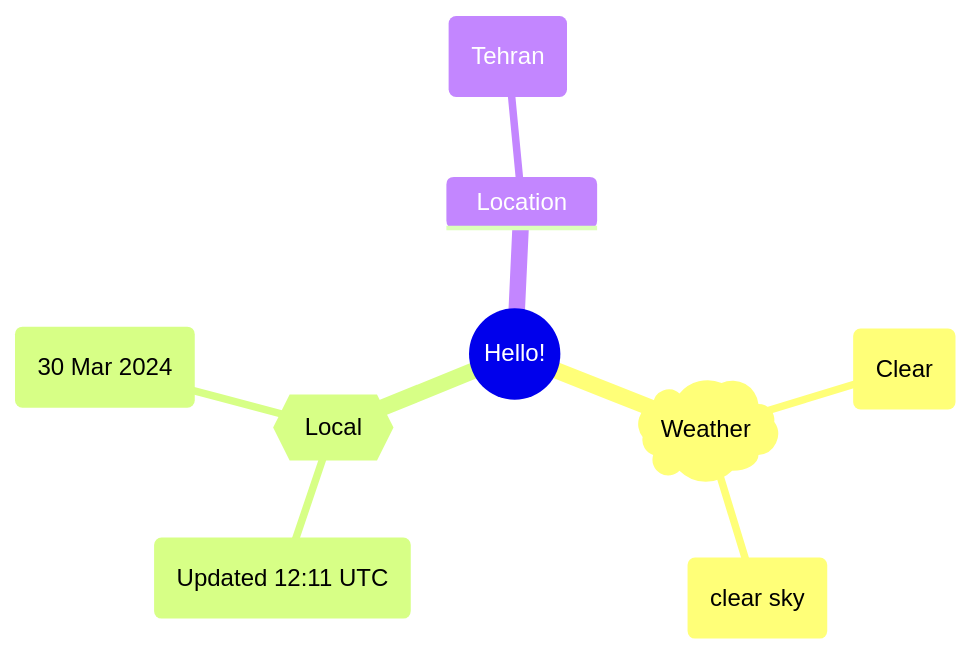
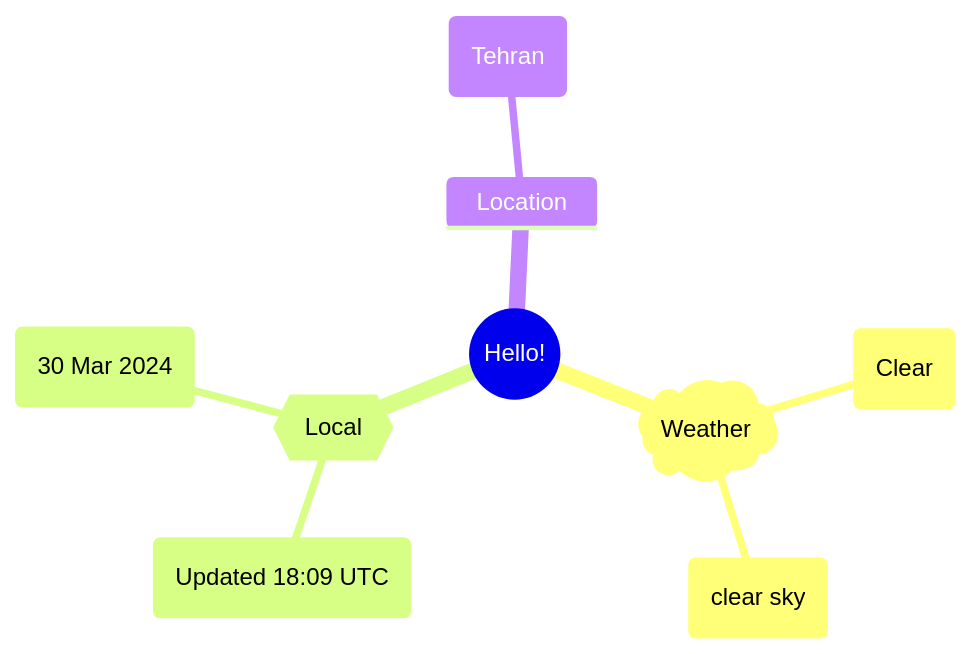
The first of 2 diagrams in README.md (Xosrov/Xosrov), drawn with Mermaid before and after one commit.

Commit message:
[bot] updated images

````diff
--- a/README.md
+++ b/README.md
@@ -3,12 +3,12 @@
 ```mermaid
 mindmap
   root((Hello!))
     )Weather(
         (Clear)
         (clear sky)
     {{Local}}
-        (Updated 12:11 UTC)
+        (Updated 18:09 UTC)
         (30 Mar 2024)
     Location
         (Tehran)
 ```
````
